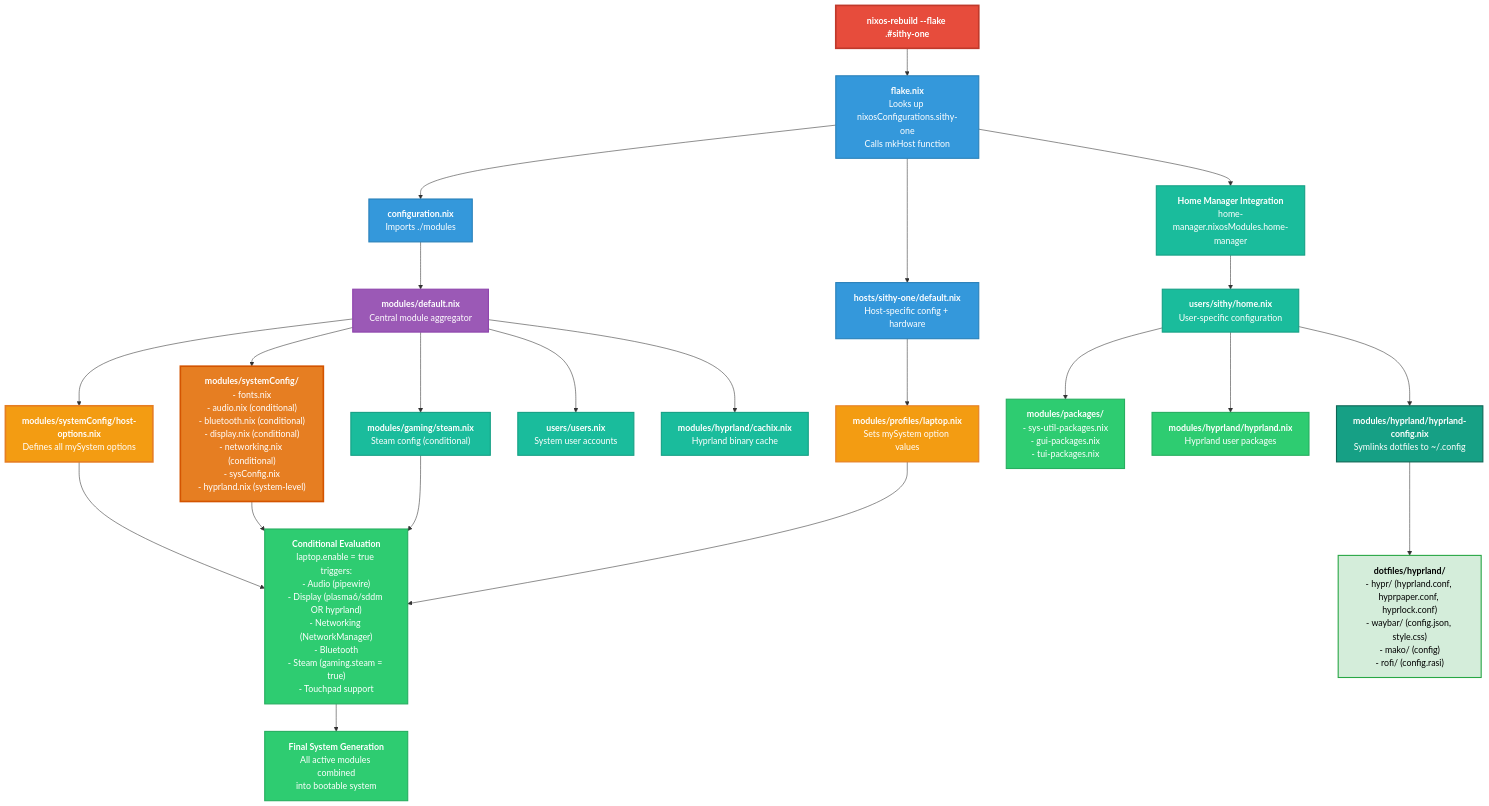
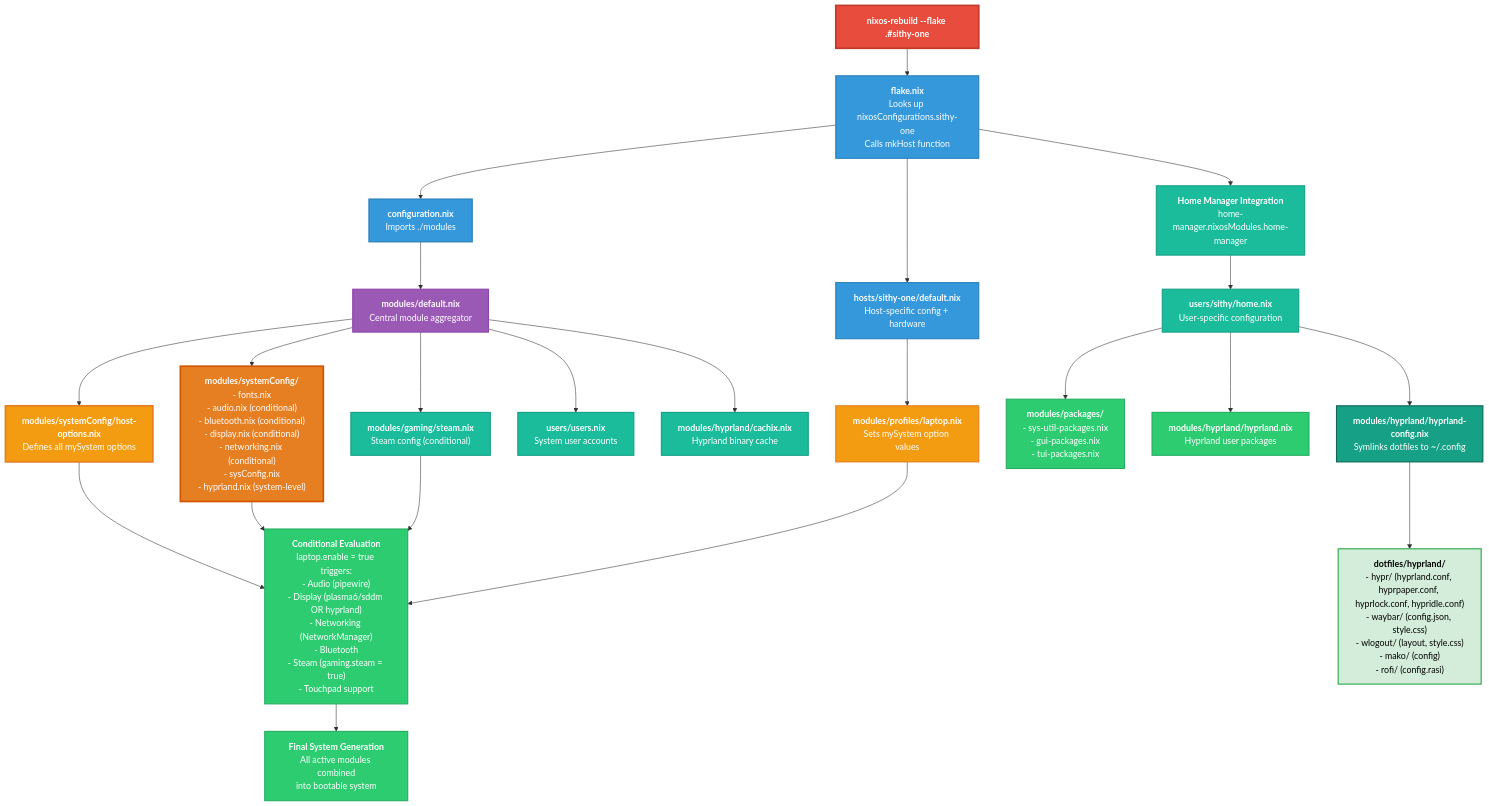
Before and after one commit to sithypenguin/nix-config: the diagram in README.md, drawn with Mermaid. The commit also changed other lines of this file, not shown here.

```diff
--- a/README.md
+++ b/README.md
@@ -92,8 +92,9 @@
     Symlinks dotfiles to ~/.config`"]
     
     N2 --> N3["`**dotfiles/hyprland/**
-    - hypr/ (hyprland.conf, hyprpaper.conf, hyprlock.conf)
+    - hypr/ (hyprland.conf, hyprpaper.conf, hyprlock.conf, hypridle.conf)
     - waybar/ (config.json, style.css)
+    - wlogout/ (layout, style.css)
     - mako/ (config)
     - rofi/ (config.rasi)`"]
     
```
